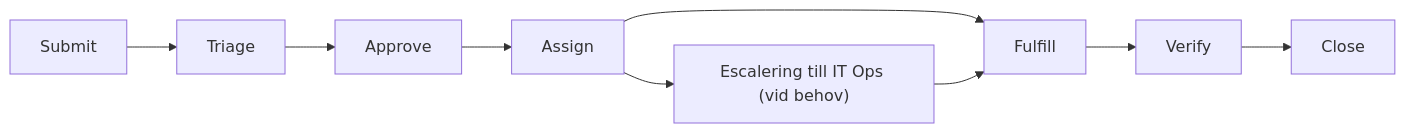
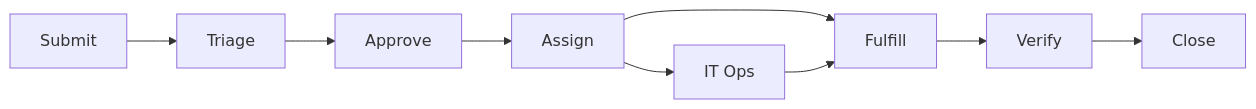
One commit to itsimonfredlingjack/nordiq-sejfa changed the diagram in docs/02-service-levels.md. Above: the diagram before and after it, drawn with Mermaid. The commit also changed other lines of this file and 3 other files, not shown here.

````diff
--- a/docs/02-service-levels.md
+++ b/docs/02-service-levels.md
@@ -50,12 +29,12 @@
 ```mermaid
 flowchart LR
     A["Submit"] --> B["Triage"]
     B --> C["Approve"]
     C --> D["Assign"]
     D --> E["Fulfill"]
     E --> F["Verify"]
     F --> G["Close"]
 
-    D --> H["Escalering till IT Ops (vid behov)"]
+    D --> H["IT Ops"]
     H --> E
 ```
````
